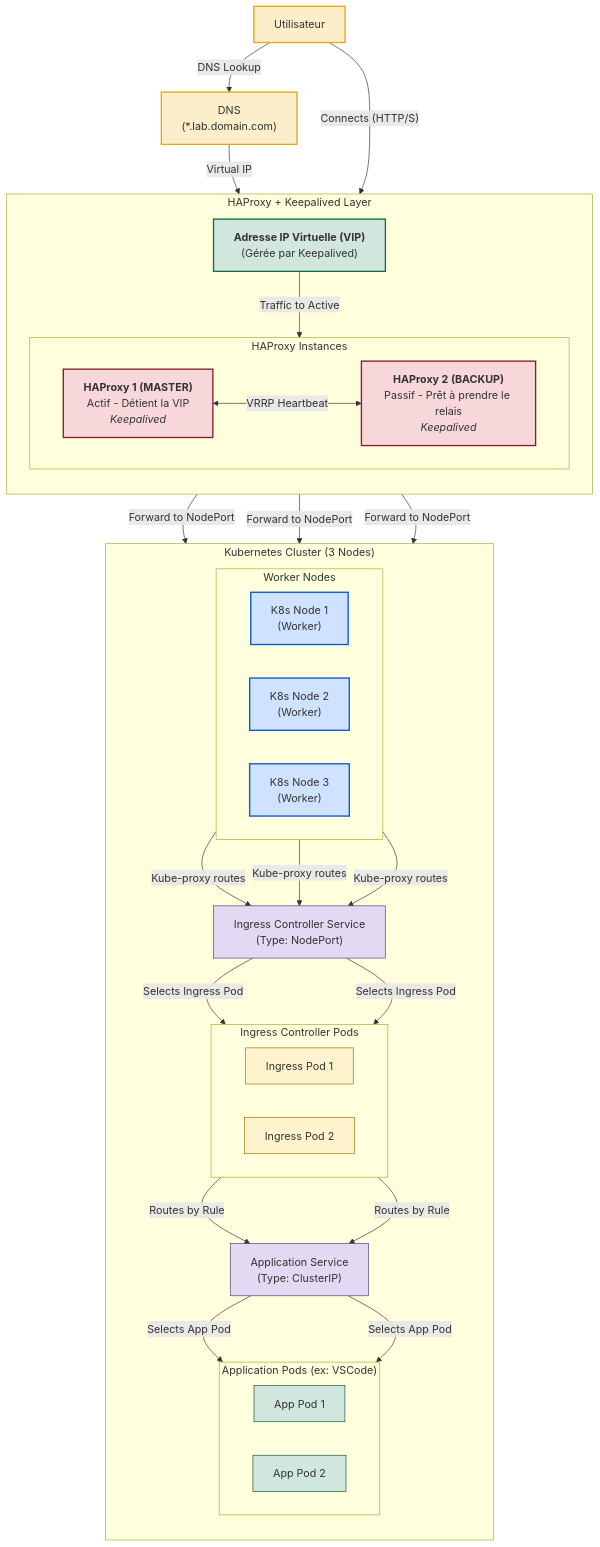
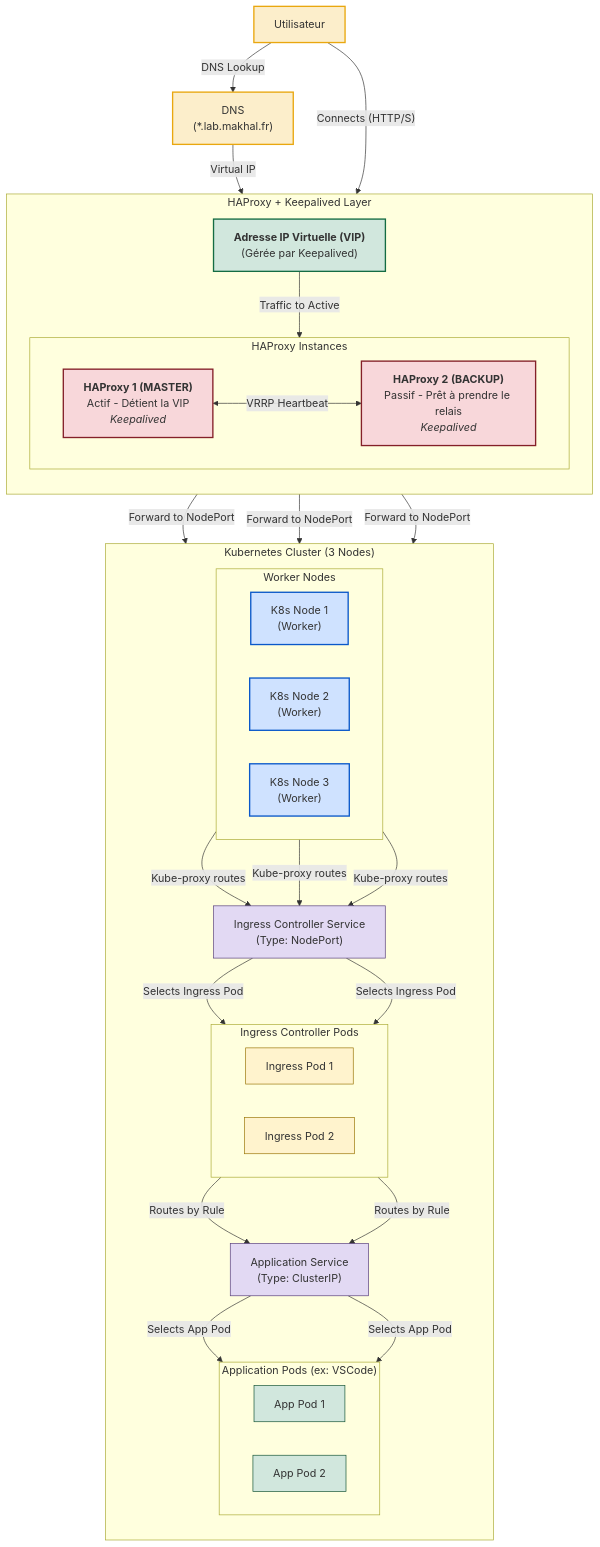
The diagram in readme.md (Tutanka01/LabOnDemand), drawn with Mermaid before and after one commit.

Commit message:
change domain

```diff
--- a/readme.md
+++ b/readme.md
@@ -27,7 +27,7 @@
 
     %% --- External Layer ---
     User["Utilisateur"]:::external
-    DNS["DNS<br/>(*.lab.domain.com)"]:::external
+    DNS["DNS<br/>(*.lab.makhal.fr)"]:::external
     User -- "DNS Lookup" --> DNS
 
     %% --- HA Layer with Keepalived ---
```
